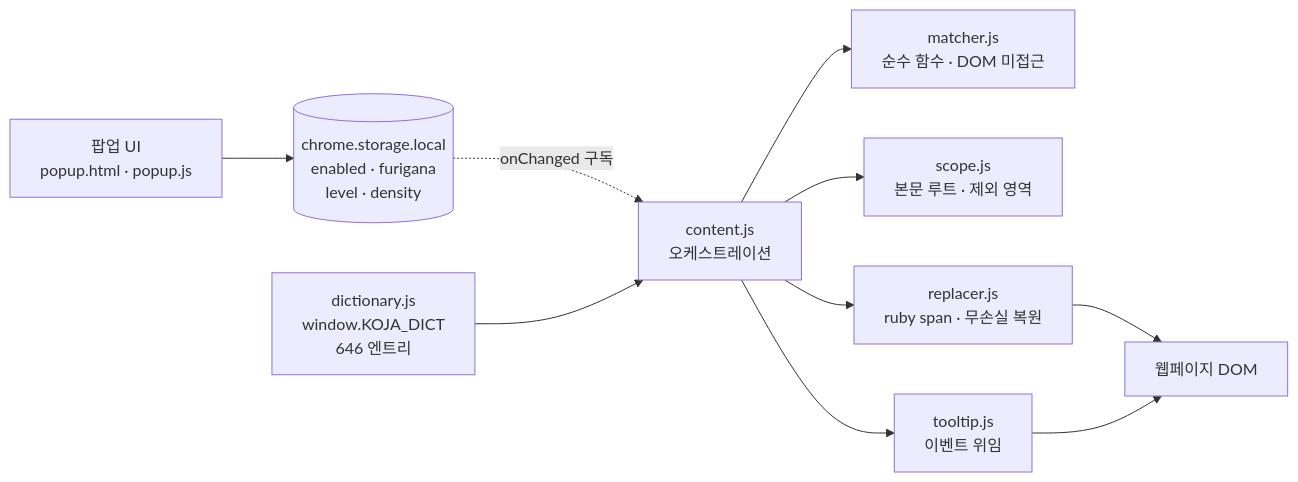
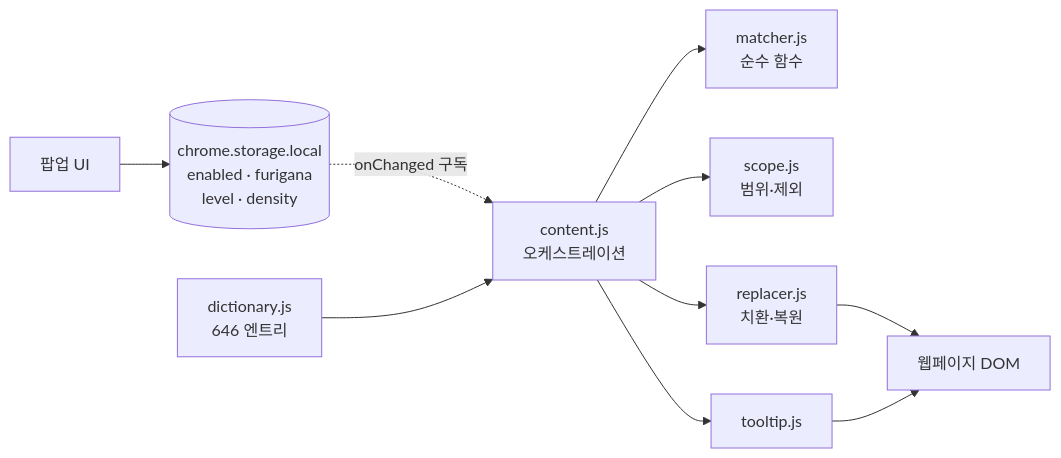
One commit to Jossi02/chrome-jlpt-word-replacer changed the diagram in README.md. Above: the diagram before and after it, drawn with Mermaid. The commit also changed other lines of this file and 2 other files, not shown here.

````diff
--- a/README.md
+++ b/README.md
@@ -83,12 +114,12 @@
 ```mermaid
 flowchart LR
-    POPUP["팝업 UI<br/>popup.html · popup.js"] --> ST[("chrome.storage.local<br/>enabled · furigana<br/>level · density")]
+    POPUP["팝업 UI"] --> ST[("chrome.storage.local<br/>enabled · furigana<br/>level · density")]
     ST -. "onChanged 구독" .-> CONTENT
-    DICT["dictionary.js<br/>window.KOJA_DICT<br/>646 엔트리"] --> CONTENT["content.js<br/>오케스트레이션"]
-    CONTENT --> MATCHER["matcher.js<br/>순수 함수 · DOM 미접근"]
-    CONTENT --> SCOPE["scope.js<br/>본문 루트 · 제외 영역"]
-    CONTENT --> REPLACER["replacer.js<br/>ruby span · 무손실 복원"]
-    CONTENT --> TOOLTIP["tooltip.js<br/>이벤트 위임"]
+    DICT["dictionary.js<br/>646 엔트리"] --> CONTENT["content.js<br/>오케스트레이션"]
+    CONTENT --> MATCHER["matcher.js<br/>순수 함수"]
+    CONTENT --> SCOPE["scope.js<br/>범위·제외"]
+    CONTENT --> REPLACER["replacer.js<br/>치환·복원"]
+    CONTENT --> TOOLTIP["tooltip.js"]
     REPLACER --> DOM["웹페이지 DOM"]
     TOOLTIP --> DOM
 ```
````
